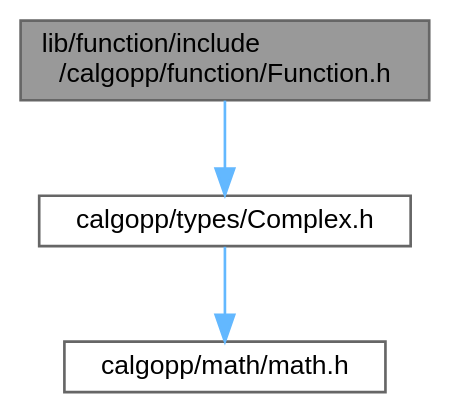
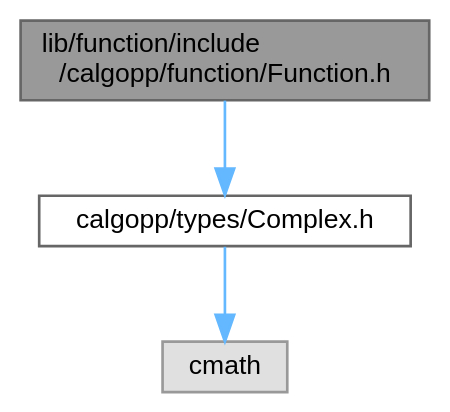
The diagram in Function_8h__incl.dot (pawelekg95/algopp), drawn with Graphviz before and after one commit. The commit also changed 257 other files, not shown here.

```diff
--- a/Function_8h__incl.dot
+++ b/Function_8h__incl.dot
@@ -1,12 +1,12 @@
 digraph "lib/function/include/calgopp/function/Function.h"
 {
  // LATEX_PDF_SIZE
   bgcolor="transparent";
   edge [fontname=Helvetica,fontsize=10,labelfontname=Helvetica,labelfontsize=10];
   node [fontname=Helvetica,fontsize=10,shape=box,height=0.2,width=0.4];
   Node1 [label="lib/function/include\l/calgopp/function/Function.h",height=0.2,width=0.4,color="gray40", fillcolor="grey60", style="filled", fontcolor="black",tooltip=" "];
   Node1 -> Node2 [color="steelblue1",style="solid"];
   Node2 [label="calgopp/types/Complex.h",height=0.2,width=0.4,color="grey40", fillcolor="white", style="filled",URL="$Complex_8h.html",tooltip=" "];
   Node2 -> Node3 [color="steelblue1",style="solid"];
-  Node3 [label="calgopp/math/math.h",height=0.2,width=0.4,color="grey40", fillcolor="white", style="filled",URL="$math_8h.html",tooltip=" "];
+  Node3 [label="cmath",height=0.2,width=0.4,color="grey60", fillcolor="#E0E0E0", style="filled",tooltip=" "];
 }
```
